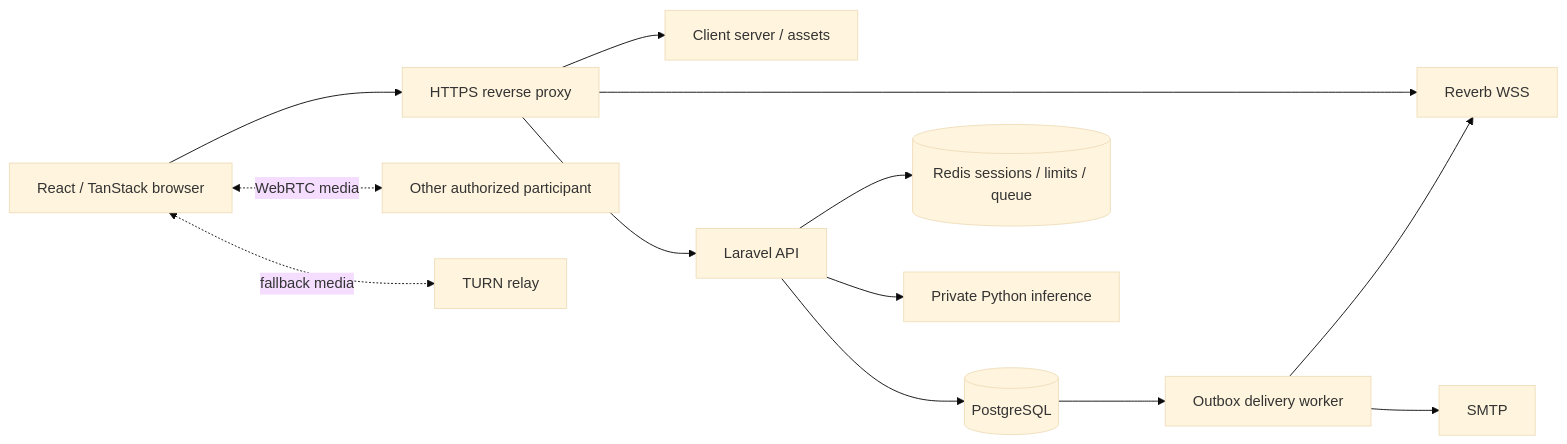
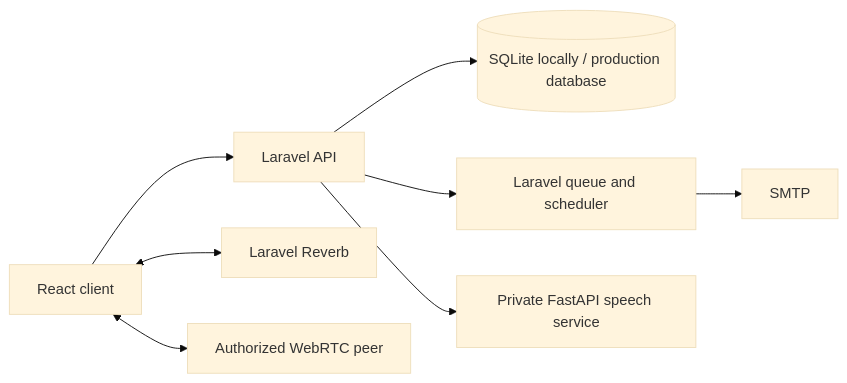
Before and after one commit to orayanics/talktherapy: the diagram in docs/migration/ARCHITECTURE.md, drawn with Mermaid (base theme). The commit also changed other lines of this file and 33 other files, not shown here.

````diff
--- a/docs/migration/ARCHITECTURE.md
+++ b/docs/migration/ARCHITECTURE.md
@@ -13,15 +7,10 @@
 ```mermaid
 flowchart LR
-    Browser[React / TanStack browser] --> Proxy[HTTPS reverse proxy]
-    Proxy --> SPA[Client server / assets]
-    Proxy --> API[Laravel API]
-    Proxy --> Reverb[Reverb WSS]
-    API --> DB[(PostgreSQL)]
-    API --> Redis[(Redis sessions / limits / queue)]
-    DB --> Worker[Outbox delivery worker]
-    Worker --> Reverb
-    Worker --> Mail[SMTP]
-    API --> Python[Private Python inference]
-    Browser <-. WebRTC media .-> Peer[Other authorized participant]
-    Browser <-. fallback media .-> TURN[TURN relay]
+    Browser[React client] --> API[Laravel API]
+    Browser <--> Reverb[Laravel Reverb]
+    Browser <--> Peer[Authorized WebRTC peer]
+    API --> DB[(SQLite locally / production database)]
+    API --> Queue[Laravel queue and scheduler]
+    Queue --> Mail[SMTP]
+    API --> Python[Private FastAPI speech service]
 ```
````
